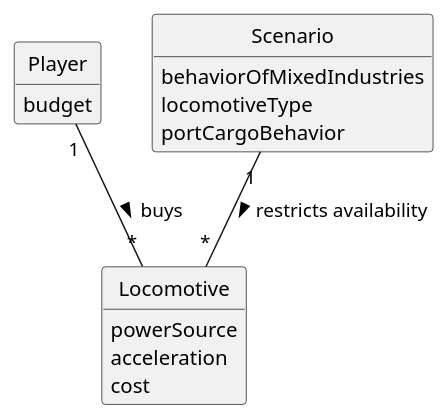
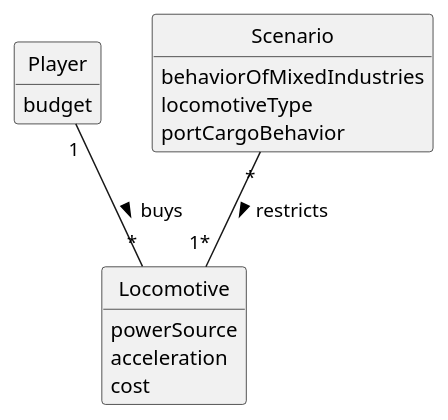
Before and after one commit to 1240826/empire-on-tracks: the diagram in docs/system-documentation/US009/02.analysis/puml/US009-DM.puml, drawn with PlantUML. The commit also changed 9 other files, not shown here.

```diff
--- a/docs/system-documentation/US009/02.analysis/puml/US009-DM.puml
+++ b/docs/system-documentation/US009/02.analysis/puml/US009-DM.puml
@@ -1,32 +1,32 @@
 @startuml
 skinparam monochrome true
 skinparam packageStyle rectangle
 skinparam shadowing false
 
 skinparam classAttributeIconSize 0
 
 hide circle
 hide methods
 
 'title Domain Model for US009 - Buy a Locomotive
 
 class Player {
     budget
 }
 
 class Locomotive {
     powerSource
     acceleration
     cost
 }
 
 class Scenario {
     behaviorOfMixedIndustries
     locomotiveType
     portCargoBehavior
 }
 
 Player "1" -- "*" Locomotive : buys >
-Scenario "1" -- "*" Locomotive : restricts availability >
+Scenario "*" -- "1*" Locomotive : restricts >
 
 @enduml
```
